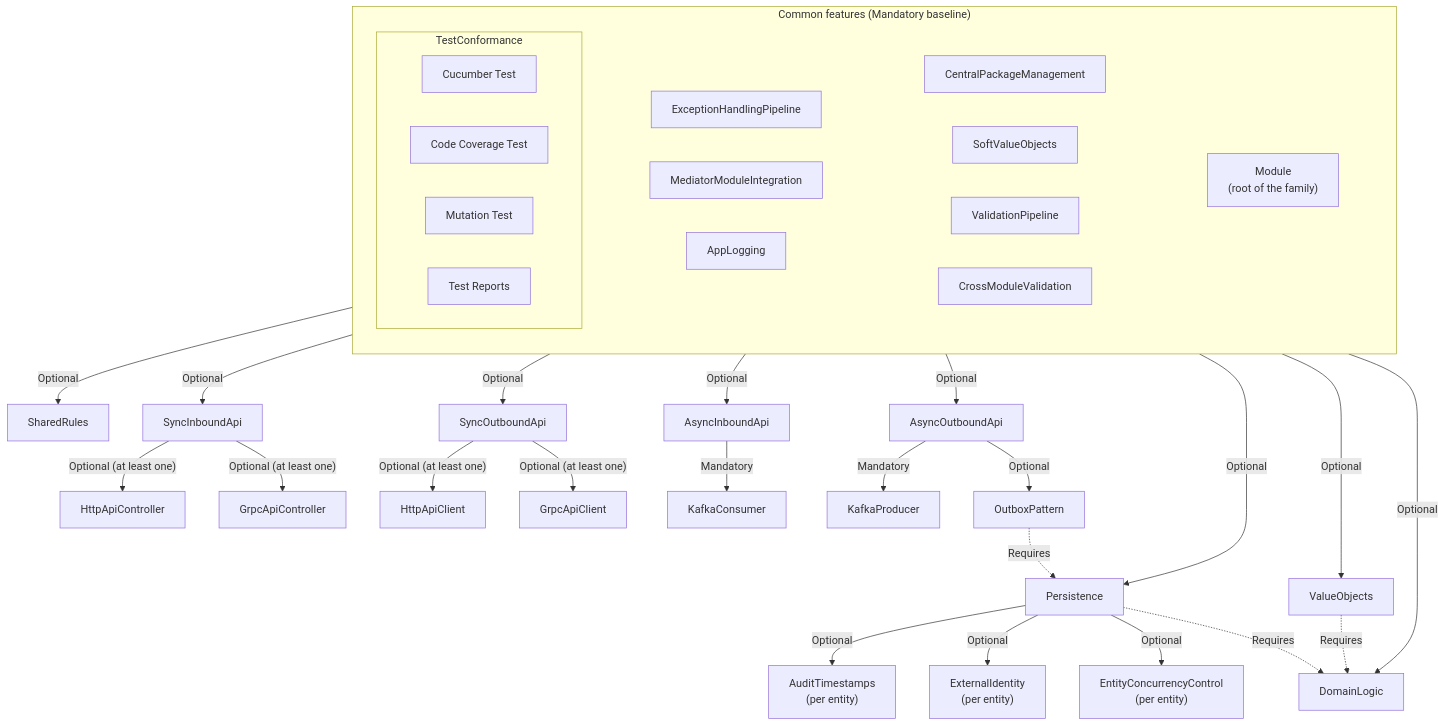
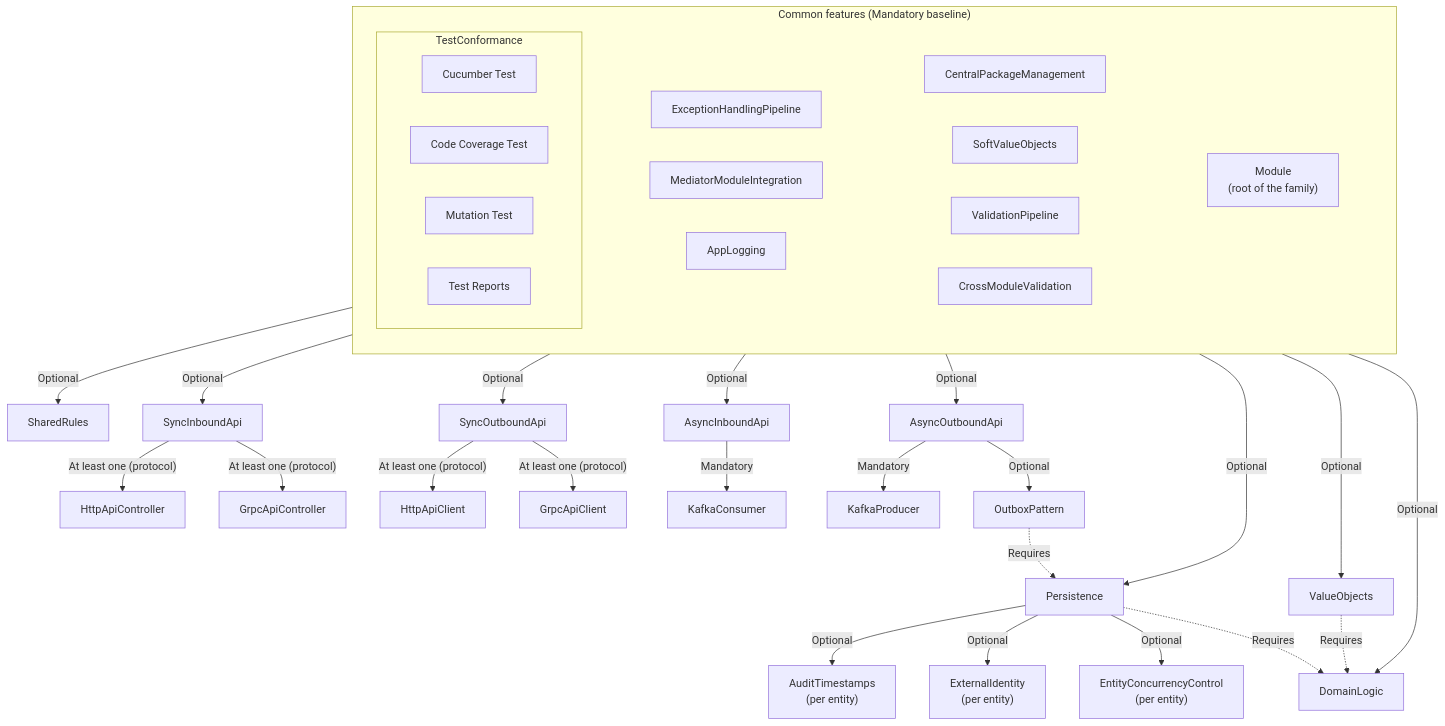
One commit to InsonusK/ai-skills changed the diagram in skills/dotnet/architecture/feature/diagrams/feature-diagram.mmd. Above: the diagram before and after it, drawn with Mermaid. The commit also changed 14 other files, not shown here.

```diff
--- a/skills/dotnet/architecture/feature/diagrams/feature-diagram.mmd
+++ b/skills/dotnet/architecture/feature/diagrams/feature-diagram.mmd
@@ -1,60 +1,60 @@
 graph TD
     subgraph Common["Common features (Mandatory baseline)"]
         direction TB
         subgraph CommonRow1[" "]
             direction LR
             Module["Module<br/>(root of the family)"]
         end
         subgraph CommonRow2[" "]
             direction LR
             CPM["CentralPackageManagement"]
             SVO["SoftValueObjects"]
             VP["ValidationPipeline"]
             CMV["CrossModuleValidation"]
         end
         subgraph CommonRow3[" "]
             direction LR
             EHP["ExceptionHandlingPipeline"]
             MMI["MediatorModuleIntegration"]
             LOG["AppLogging"]
         end
         subgraph TC["TestConformance"]
             direction LR
             CUC["Cucumber Test"]
             COV["Code Coverage Test"]
             MUT["Mutation Test"]
             REP["Test Reports"]
         end
     end
     style CommonRow1 fill:none,stroke:none
     style CommonRow2 fill:none,stroke:none
     style CommonRow3 fill:none,stroke:none
 
     Common -->|Optional| DL["DomainLogic"]
     Common -->|Optional| VO["ValueObjects"]
     Common -->|Optional| PST["Persistence"]
     Common -->|Optional| SR["SharedRules"]
 
     PST -->|Optional| ECC["EntityConcurrencyControl<br/>(per entity)"]
     PST -->|Optional| EI["ExternalIdentity<br/>(per entity)"]
     PST -->|Optional| AT["AuditTimestamps<br/>(per entity)"]
 
     PST -. "Requires" .-> DL
     VO -. "Requires" .-> DL
 
     Common -->|Optional| SIA["SyncInboundApi"]
-    SIA -->|"Optional (at least one)"| HAC["HttpApiController"]
-    SIA -->|"Optional (at least one)"| GAC["GrpcApiController"]
+    SIA -->|"At least one (protocol)"| HAC["HttpApiController"]
+    SIA -->|"At least one (protocol)"| GAC["GrpcApiController"]
 
     Common -->|Optional| SOA["SyncOutboundApi"]
-    SOA -->|"Optional (at least one)"| HACL["HttpApiClient"]
-    SOA -->|"Optional (at least one)"| GACL["GrpcApiClient"]
+    SOA -->|"At least one (protocol)"| HACL["HttpApiClient"]
+    SOA -->|"At least one (protocol)"| GACL["GrpcApiClient"]
 
     Common -->|Optional| AIA["AsyncInboundApi"]
     AIA -->|Mandatory| KC["KafkaConsumer"]
 
     Common -->|Optional| AOA["AsyncOutboundApi"]
     AOA -->|Mandatory| KP["KafkaProducer"]
     AOA -->|Optional| OP["OutboxPattern"]
 
     OP -. "Requires" .-> PST
```
